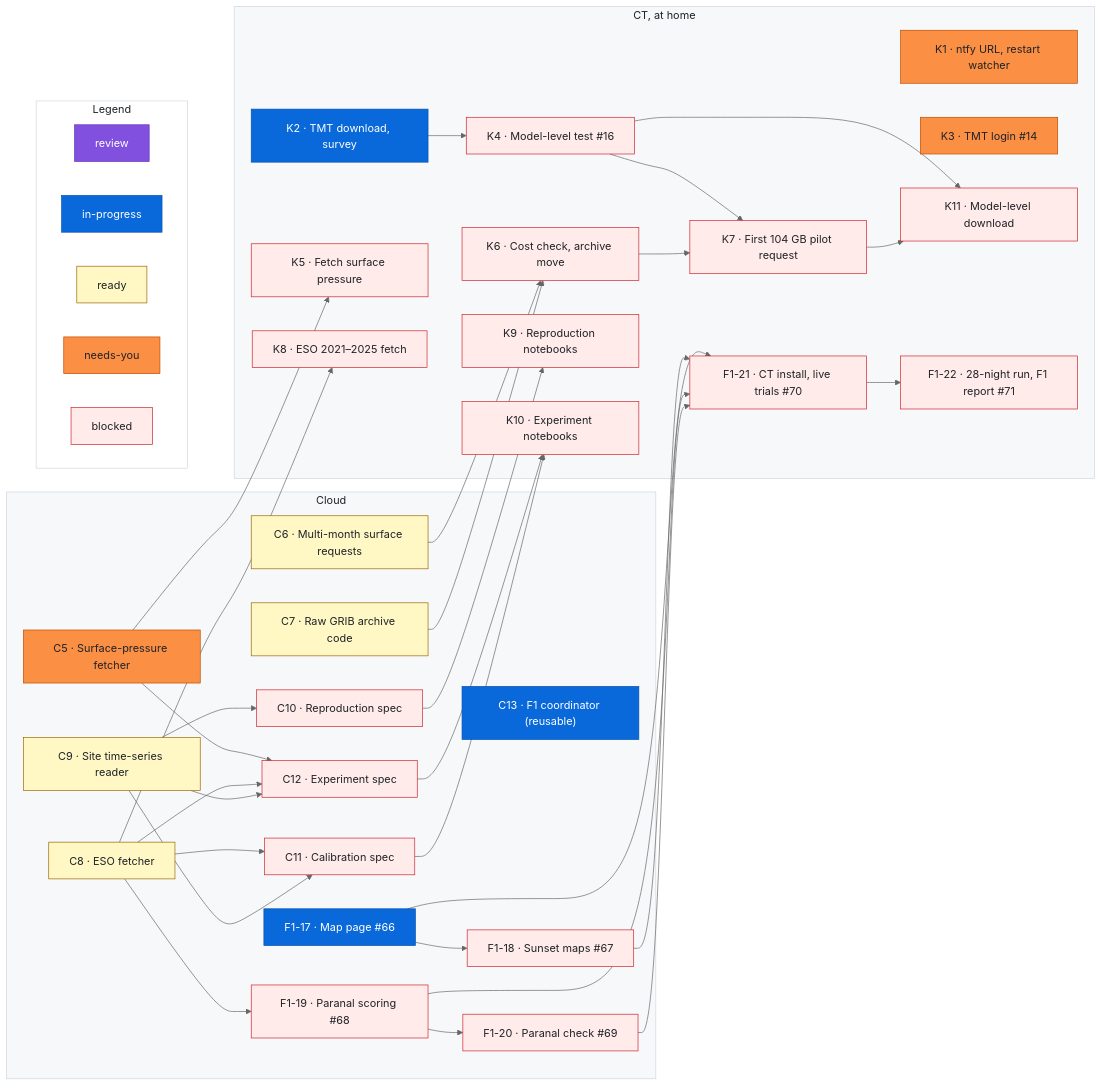
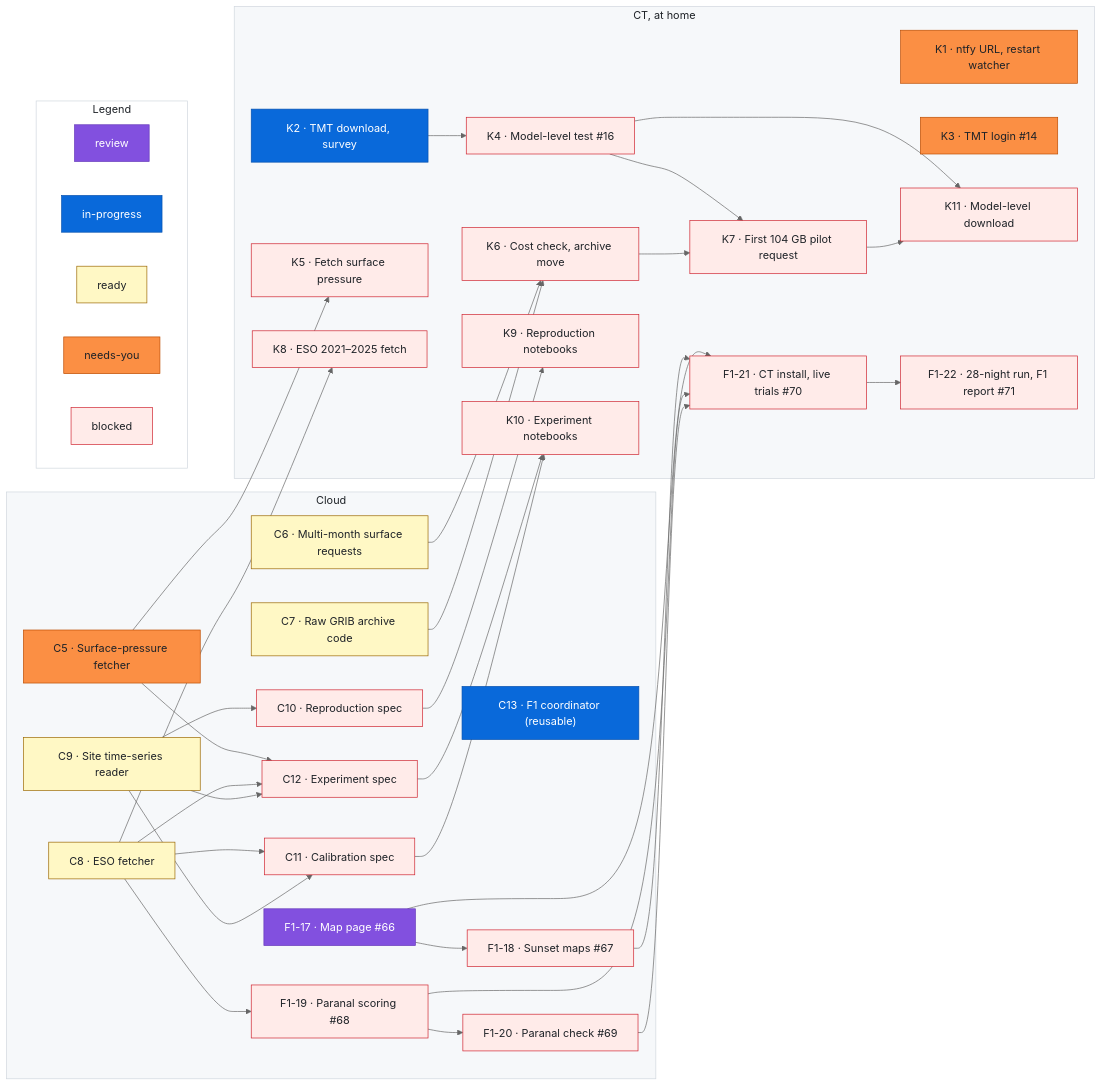
The diagram in docs/roadmap.md (rrweller/Astro-seeing), drawn with Mermaid (neutral theme) before and after one commit. The commit also changed other lines of this file, not shown here.

Commit message:
roadmap: F1-17 in-progress → review
Claude-Session: https://claude.ai/code/session_01ECS9raFm3vxsrVcoCuKymK

```diff
--- a/docs/roadmap.md
+++ b/docs/roadmap.md
@@ -165,7 +165,7 @@
   %% ---
   class C13 inprogress
   %% ---
-  class F1_17 inprogress
+  class F1_17 review
   %% ---
   class F1_18 blocked
   %% ---
```
